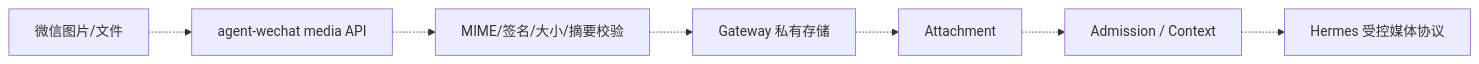
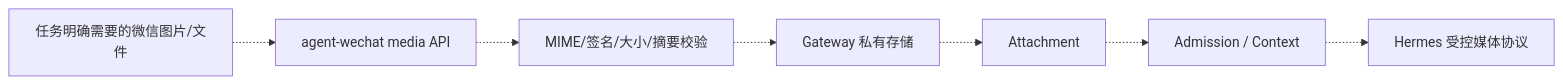
The second of 3 diagrams in 02_系统设计.md (Tangbohu09527/CF_ecommerce-automation-docs), drawn with Mermaid before and after one commit. The commit also changed other lines of this file and 35 other files, not shown here.

````diff
--- a/02_系统设计.md
+++ b/02_系统设计.md
@@ -180,9 +205,9 @@
 ```mermaid
 flowchart LR
-    WX["微信图片/文件"] -.-> API["agent-wechat media API"]
+    WX["任务明确需要的微信图片/文件"] -.-> API["agent-wechat media API"]
     API -.-> V["MIME/签名/大小/摘要校验"]
     V -.-> PS["Gateway 私有存储"]
     PS -.-> ATT["Attachment"]
     ATT -.-> AD["Admission / Context"]
     AD -.-> H["Hermes 受控媒体协议"]
 ```
````
